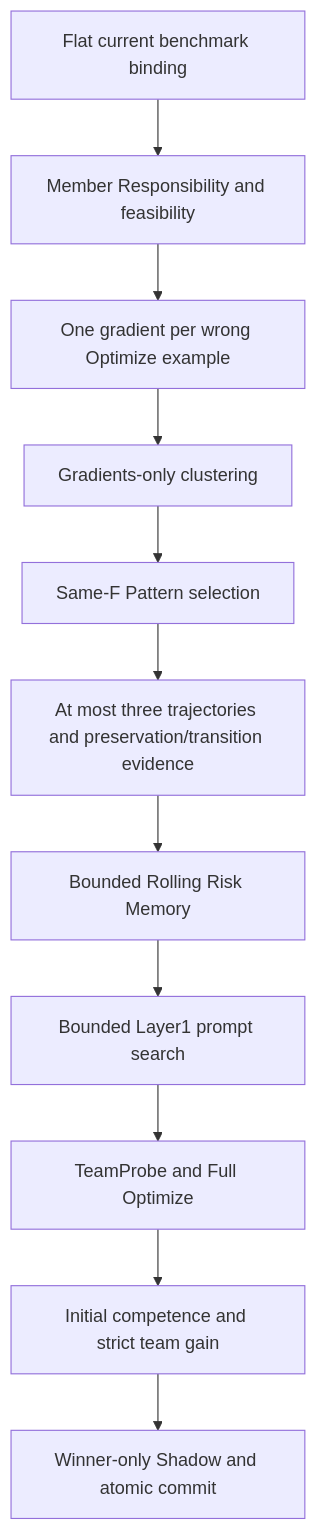
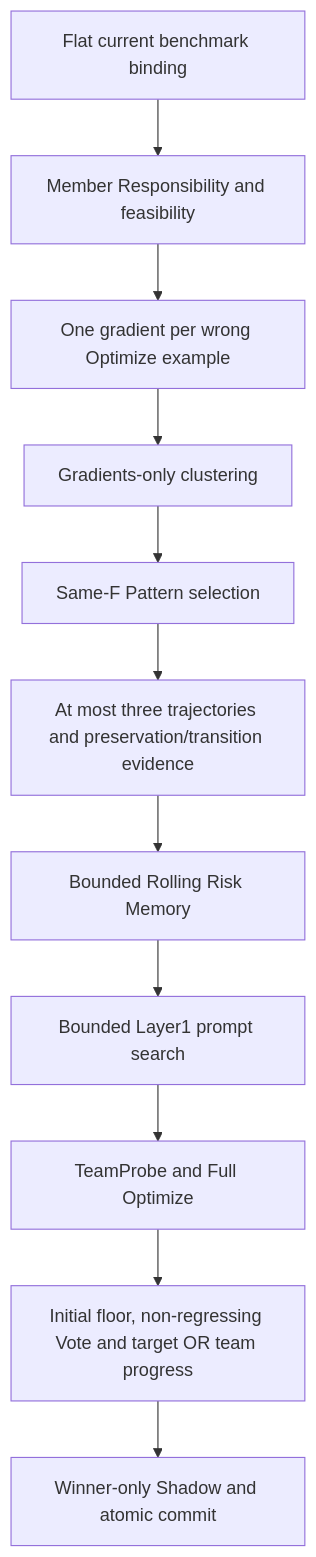
Before and after one commit to mmmmyyyxx/multi_agent_diversity: the diagram in docs/design/CURRENT_RUNTIME_COMPOSITION.md, drawn with Mermaid. The commit also changed other lines of this file and 91 other files, not shown here.

First line of the commit message:
Fix V2.2 transition reachability with target or team progress

````diff
--- a/docs/design/CURRENT_RUNTIME_COMPOSITION.md
+++ b/docs/design/CURRENT_RUNTIME_COMPOSITION.md
@@ -24,13 +25,13 @@
 ```mermaid
 flowchart TD
   B[Flat current benchmark binding] --> R[Member Responsibility and feasibility]
   R --> G[One gradient per wrong Optimize example]
   G --> C[Gradients-only clustering]
   C --> P[Same-F Pattern selection]
   P --> E[At most three trajectories and preservation/transition evidence]
   E --> M[Bounded Rolling Risk Memory]
   M --> L[Bounded Layer1 prompt search]
   L --> T[TeamProbe and Full Optimize]
-  T --> S[Initial competence and strict team gain]
+  T --> S[Initial floor, non-regressing Vote and target OR team progress]
   S --> H[Winner-only Shadow and atomic commit]
 ```
````
